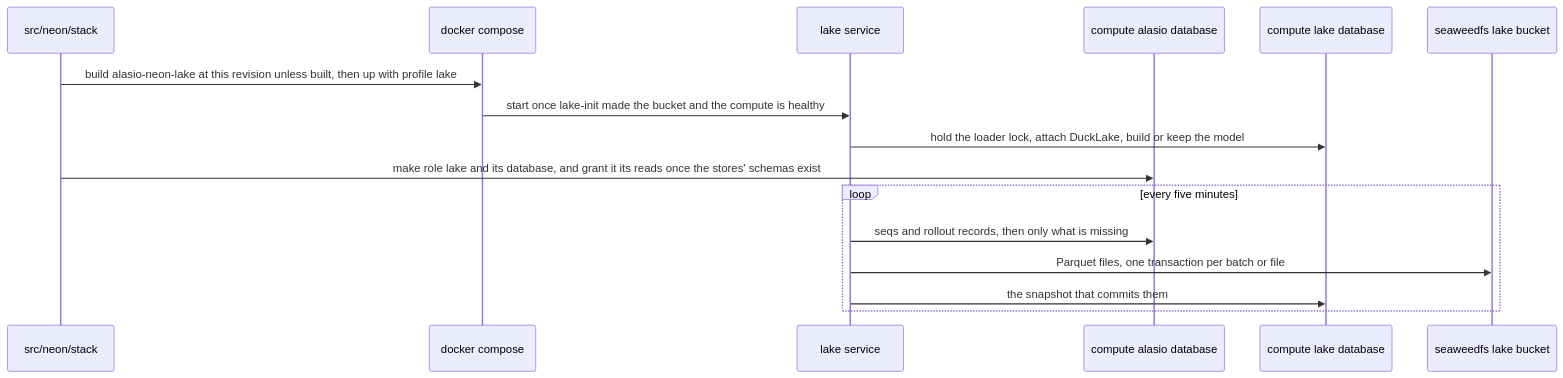
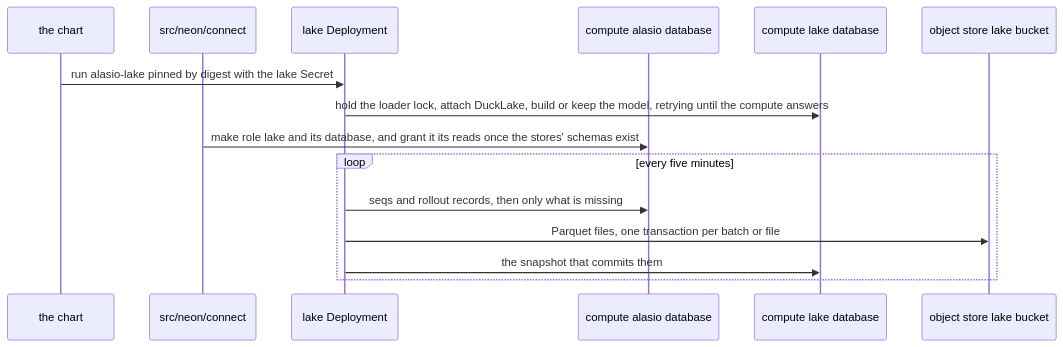
Before and after one commit to eaucoin/alasio: the second of 3 diagrams in neon/lake/README.md, drawn with Mermaid. The commit also changed other lines of this file and 37 other files, not shown here.

First line of the commit message:
Document alasio on Kubernetes, and fit its end-to-end run on CI's runners

````diff
--- a/neon/lake/README.md
+++ b/neon/lake/README.md
@@ -46,18 +48,17 @@
 ```mermaid
 sequenceDiagram
-  participant Alasio as src/neon/stack
-  participant Compose as docker compose
-  participant Lake as lake service
+  participant Helm as the chart
+  participant Alasio as src/neon/connect
+  participant Lake as lake Deployment
   participant Source as compute alasio database
   participant Catalog as compute lake database
-  participant Store as seaweedfs lake bucket
-  Alasio->>Compose: build alasio-neon-lake at this revision unless built, then up with profile lake
-  Compose->>Lake: start once lake-init made the bucket and the compute is healthy
-  Lake->>Catalog: hold the loader lock, attach DuckLake, build or keep the model
+  participant Store as object store lake bucket
+  Helm->>Lake: run alasio-lake pinned by digest with the lake Secret
+  Lake->>Catalog: hold the loader lock, attach DuckLake, build or keep the model, retrying until the compute answers
   Alasio->>Source: make role lake and its database, and grant it its reads once the stores' schemas exist
   loop every five minutes
     Lake->>Source: seqs and rollout records, then only what is missing
     Lake->>Store: Parquet files, one transaction per batch or file
     Lake->>Catalog: the snapshot that commits them
   end
 ```
````
